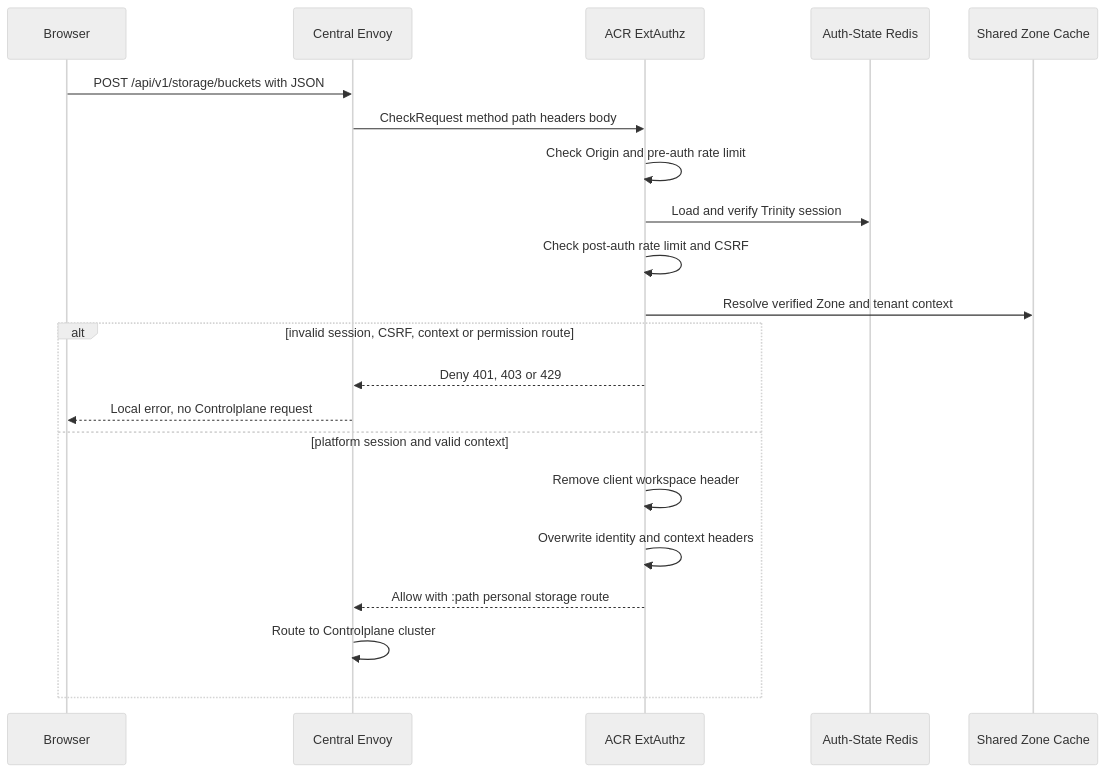
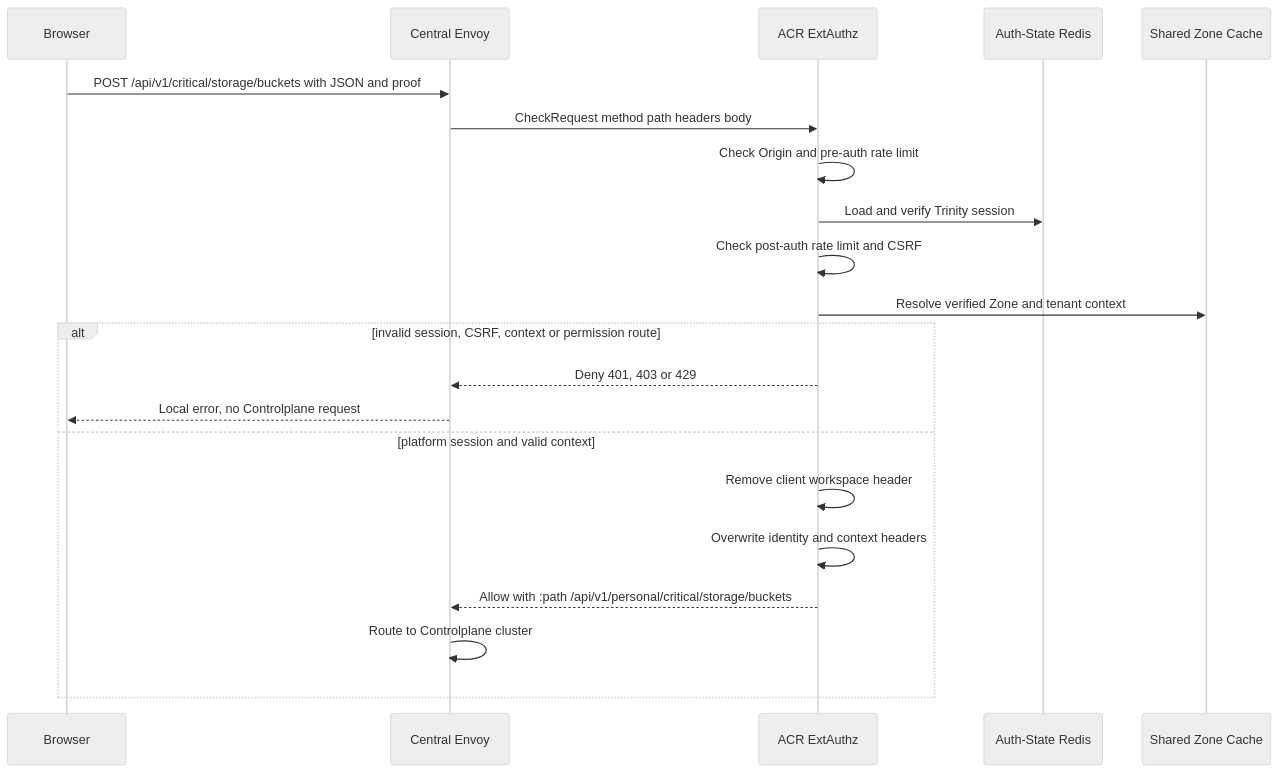
The first of 6 diagrams in god_view/storage/personal_bucket_create_god_view_workflow.md (phucle996/aurora), drawn with Mermaid (neutral theme) before and after one commit. The commit also changed other lines of this file and 94 other files, not shown here.

````diff
--- a/god_view/storage/personal_bucket_create_god_view_workflow.md
+++ b/god_view/storage/personal_bucket_create_god_view_workflow.md
@@ -103,24 +111,24 @@
 ```mermaid
 sequenceDiagram
     participant B as Browser
     participant E as Central Envoy
     participant A as ACR ExtAuthz
     participant AR as Auth-State Redis
     participant Z as Shared Zone Cache
 
-    B->>E: POST /api/v1/storage/buckets with JSON
+    B->>E: POST /api/v1/critical/storage/buckets with JSON and proof
     E->>A: CheckRequest method path headers body
     A->>A: Check Origin and pre-auth rate limit
     A->>AR: Load and verify Trinity session
     A->>A: Check post-auth rate limit and CSRF
     A->>Z: Resolve verified Zone and tenant context
     alt invalid session, CSRF, context or permission route
         A-->>E: Deny 401, 403 or 429
         E-->>B: Local error, no Controlplane request
     else platform session and valid context
         A->>A: Remove client workspace header
         A->>A: Overwrite identity and context headers
-        A-->>E: Allow with :path personal storage route
+        A-->>E: Allow with :path /api/v1/personal/critical/storage/buckets
         E->>E: Route to Controlplane cluster
     end
 ```
````
